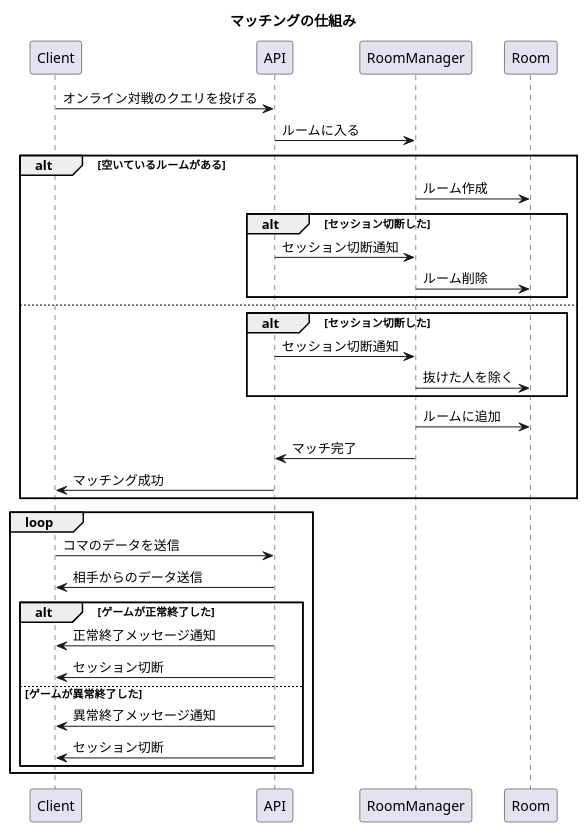
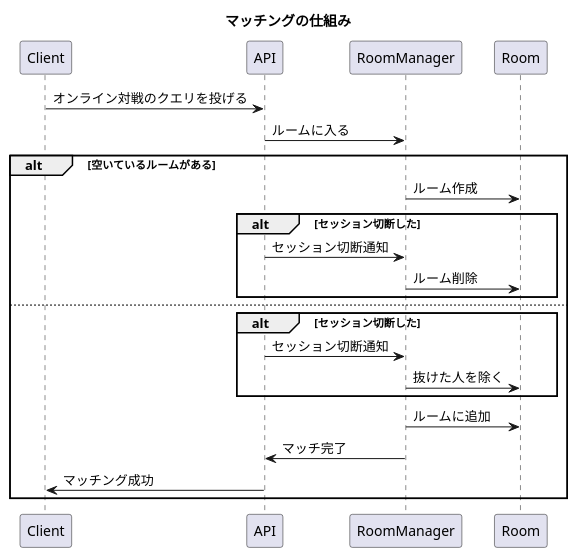
One commit to Issei0804-ie/Uhyo changed the diagram in uml/sequence/matching.puml. Above: the diagram before and after it, drawn with PlantUML. The commit also changed 1 other file, not shown here.

```diff
--- a/uml/sequence/matching.puml
+++ b/uml/sequence/matching.puml
@@ -1,36 +1,24 @@
 @startuml
 title マッチングの仕組み
 participant Client
 participant API
 participant RoomManager
 participant Room
 Client -> API : オンライン対戦のクエリを投げる
 API -> RoomManager : ルームに入る
 alt 空いているルームがある
     RoomManager -> Room : ルーム作成
     alt セッション切断した
         API -> RoomManager : セッション切断通知
                 RoomManager -> Room : ルーム削除
     end
 else
     alt セッション切断した
         API -> RoomManager : セッション切断通知
         RoomManager -> Room : 抜けた人を除く
     end
     RoomManager -> Room : ルームに追加
     RoomManager -> API : マッチ完了
     API -> Client : マッチング成功
 end
-
-loop
-    Client -> API : コマのデータを送信
-    API -> Client : 相手からのデータ送信
-    alt ゲームが正常終了した
-        API -> Client : 正常終了メッセージ通知
-        API -> Client : セッション切断
-    else ゲームが異常終了した
-        API -> Client : 異常終了メッセージ通知
-        API -> Client : セッション切断
-    end
-end
 @enduml
```
